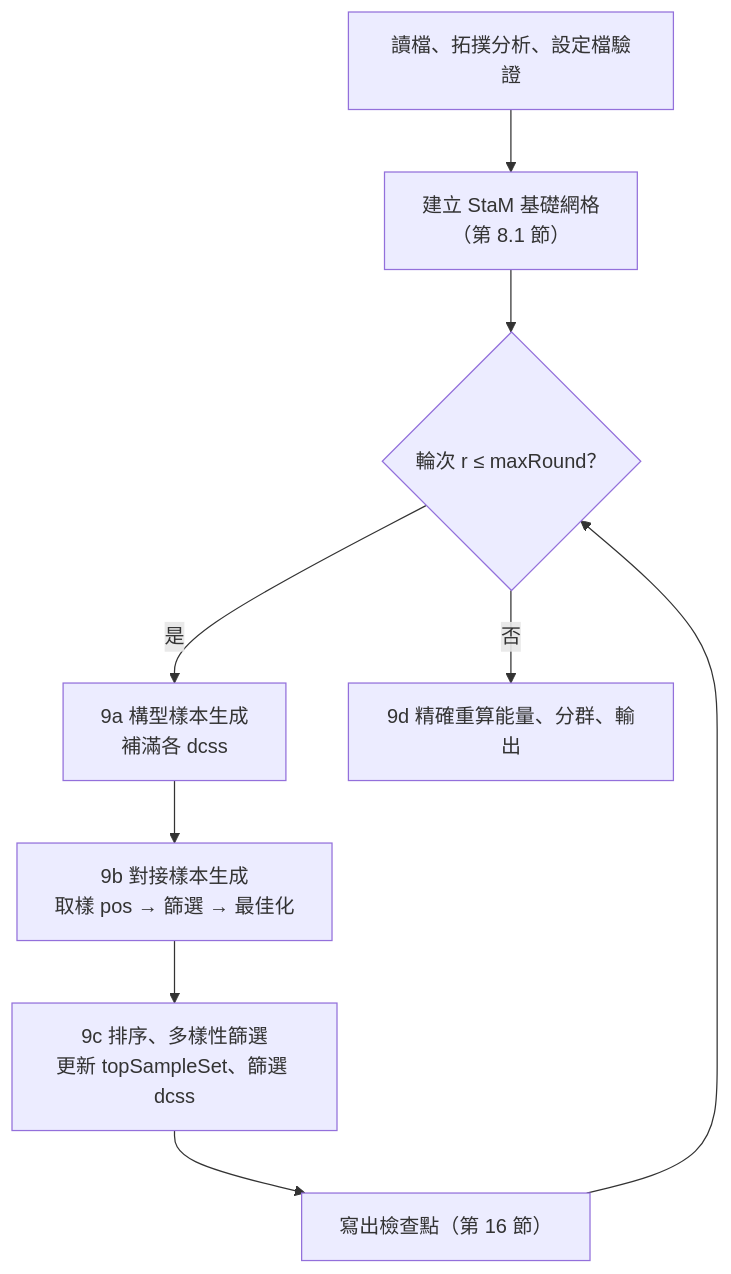
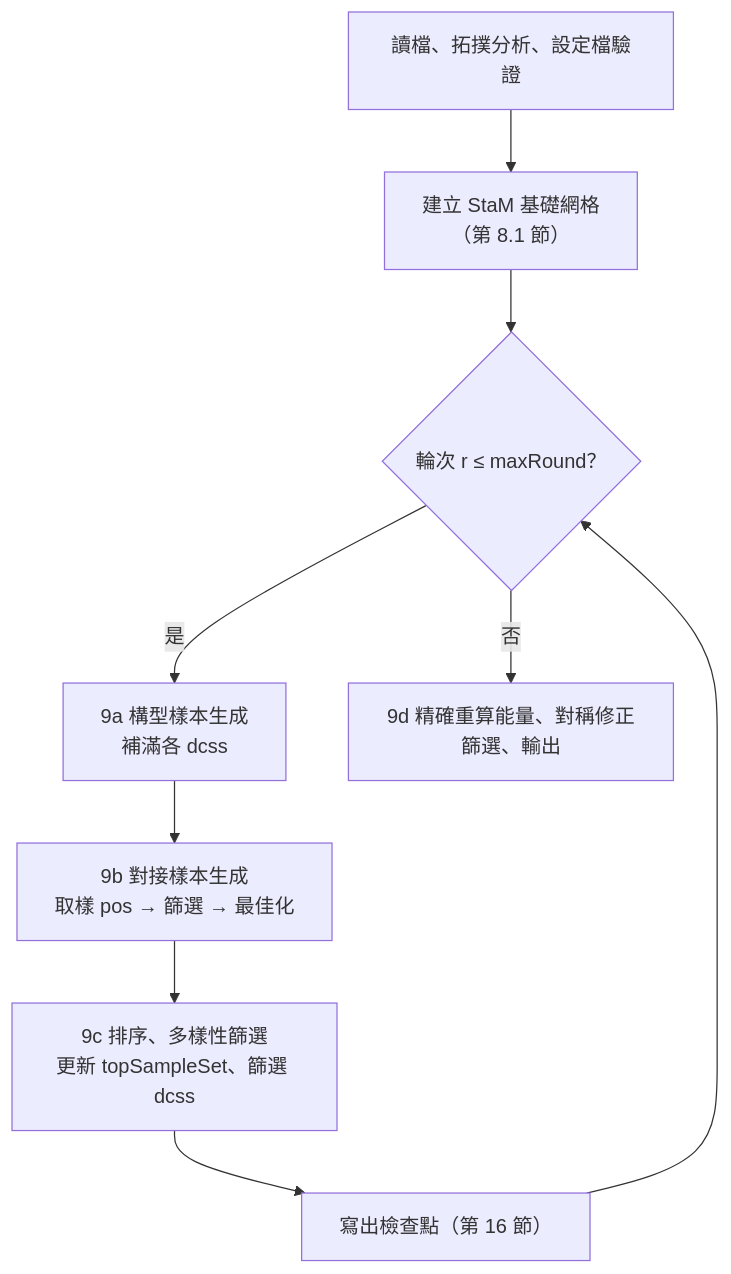
One commit to tirear/OmegaDocker changed the second of 2 diagrams in doc/OmegaDocker_0.40.xx_spec.md. Above: the diagram before and after it, drawn with Mermaid. The commit also changed other lines of this file, not shown here.

````diff
--- a/doc/OmegaDocker_0.40.xx_spec.md
+++ b/doc/OmegaDocker_0.40.xx_spec.md
@@ -429,10 +429,10 @@
 ```mermaid
 flowchart TD
   IN["讀檔、拓撲分析、設定檔驗證"] --> G0["建立 StaM 基礎網格<br/>（第 8.1 節）"]
   G0 --> R{"輪次 r ≤ maxRound？"}
   R -- 是 --> A["9a 構型樣本生成<br/>補滿各 dcss"]
   A --> B["9b 對接樣本生成<br/>取樣 pos → 篩選 → 最佳化"]
   B --> C["9c 排序、多樣性篩選<br/>更新 topSampleSet、篩選 dcss"]
   C --> CP["寫出檢查點（第 16 節）"] --> R
-  R -- 否 --> D["9d 精確重算能量、分群、輸出"]
+  R -- 否 --> D["9d 精確重算能量、對稱修正篩選、輸出"]
 ```
````
